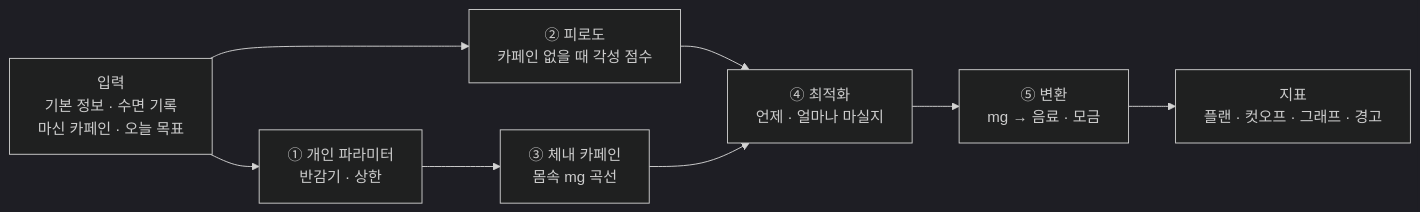
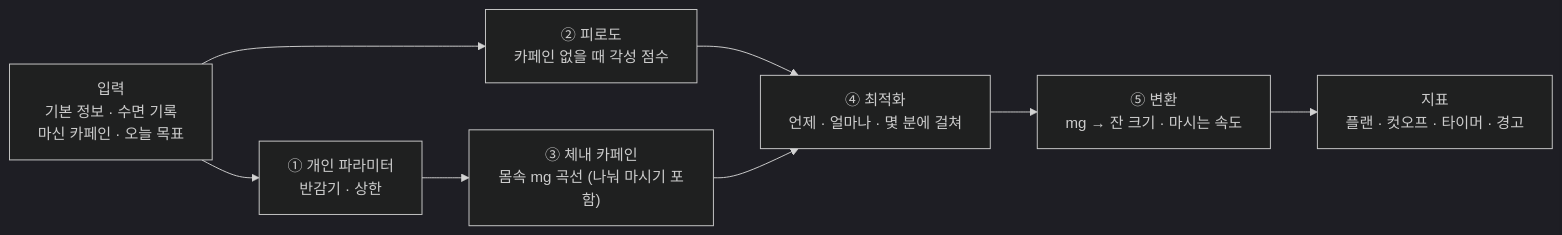
One commit to kjyilj0707/caffeine_project changed the diagram in README.md. Above: the diagram before and after it, drawn with Mermaid (dark theme). The commit also changed other lines of this file and 10 other files, not shown here.

````diff
--- a/README.md
+++ b/README.md
@@ -19,10 +34,10 @@
 ```mermaid
 flowchart LR
   IN["입력<br/>기본 정보 · 수면 기록<br/>마신 카페인 · 오늘 목표"] --> P1["① 개인 파라미터<br/>반감기 · 상한"]
   IN --> P2["② 피로도<br/>카페인 없을 때 각성 점수"]
-  P1 --> P3["③ 체내 카페인<br/>몸속 mg 곡선"]
-  P2 --> P4["④ 최적화<br/>언제 · 얼마나 마실지"]
+  P1 --> P3["③ 체내 카페인<br/>몸속 mg 곡선 (나눠 마시기 포함)"]
+  P2 --> P4["④ 최적화<br/>언제 · 얼마나 · 몇 분에 걸쳐"]
   P3 --> P4
-  P4 --> P5["⑤ 변환<br/>mg → 음료 · 모금"]
-  P5 --> OUT["지표<br/>플랜 · 컷오프 · 그래프 · 경고"]
+  P4 --> P5["⑤ 변환<br/>mg → 잔 크기 · 마시는 속도"]
+  P5 --> OUT["지표<br/>플랜 · 컷오프 · 타이머 · 경고"]
 ```
````
